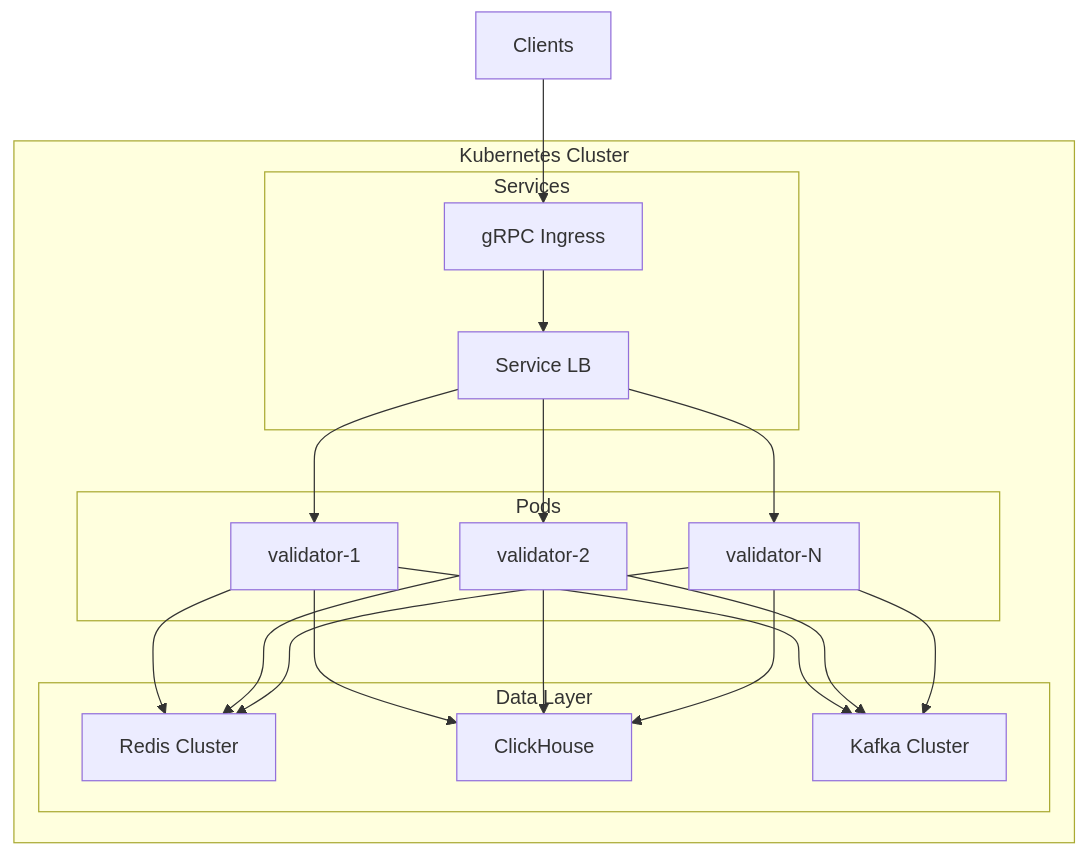
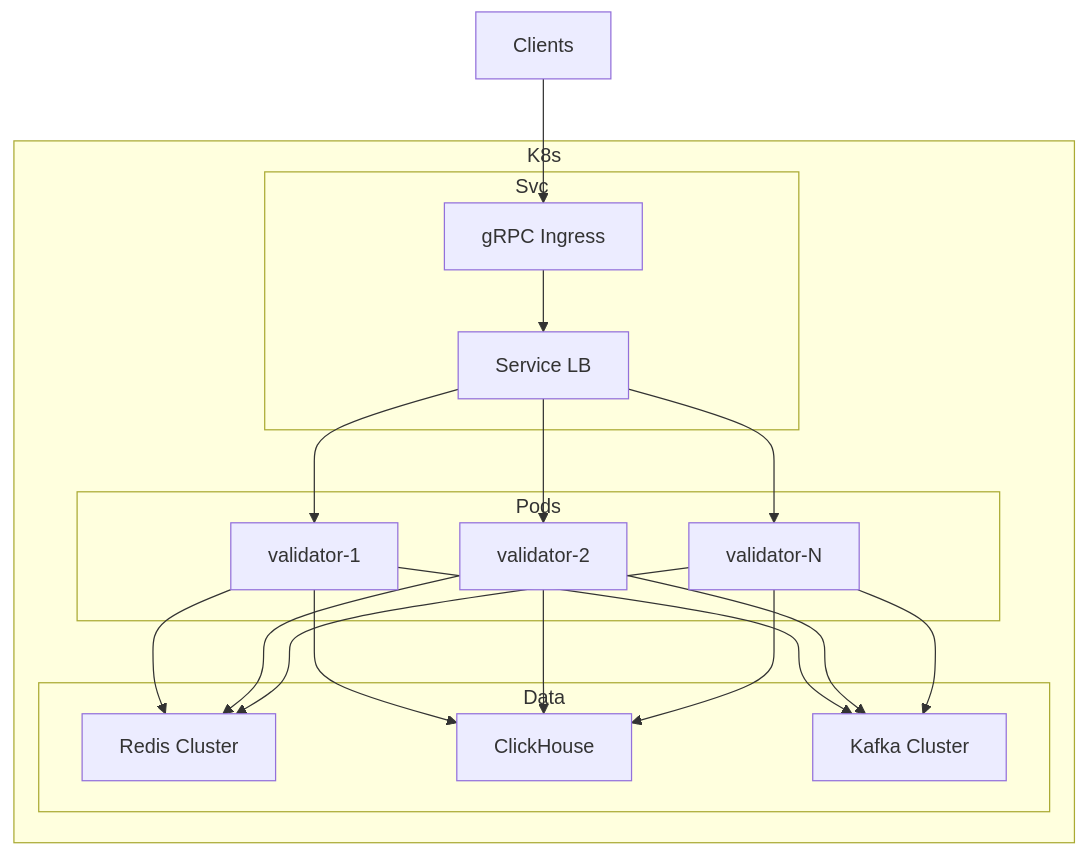
Before and after one commit to hzname/coordinate-validator: the sixth of 6 diagrams in docs/architecture.md, drawn with Mermaid. The commit also changed other lines of this file, not shown here.

Commit message:
Fix Mermaid diagram syntax errors in architecture docs

````diff
--- a/docs/architecture.md
+++ b/docs/architecture.md
@@ -369,39 +188,39 @@
 ```mermaid
 flowchart TB
-    subgraph Kubernetes["Kubernetes Cluster"]
-        subgraph Services["Services"]
+    subgraph K8s
+        subgraph Svc
             Ingress[gRPC Ingress]
             SVC[Service LB]
         end
         
-        subgraph Pods["Pods"]
+        subgraph Pods
             Pod1[validator-1]
             Pod2[validator-2]
             Pod3[validator-N]
         end
         
-        subgraph Data["Data Layer"]
+        subgraph Data
             RedisCl[Redis Cluster]
             CH[ClickHouse]
             KafkaCl[Kafka Cluster]
         end
     end
     
     Clients --> Ingress
     Ingress --> SVC
     SVC --> Pod1
     SVC --> Pod2
     SVC --> Pod3
     
     Pod1 --> RedisCl
     Pod2 --> RedisCl
     Pod3 --> RedisCl
     
     Pod1 --> CH
     Pod2 --> CH
     Pod3 --> CH
     
     Pod1 --> KafkaCl
     Pod2 --> KafkaCl
     Pod3 --> KafkaCl
 ```
````
